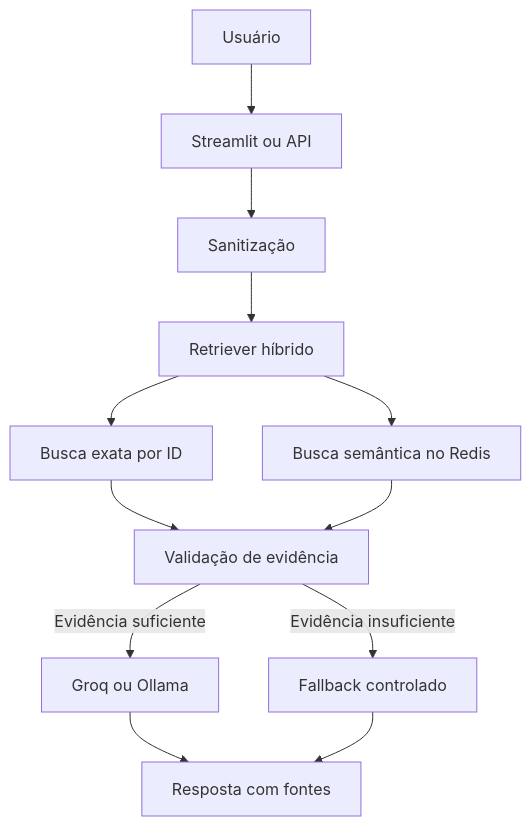
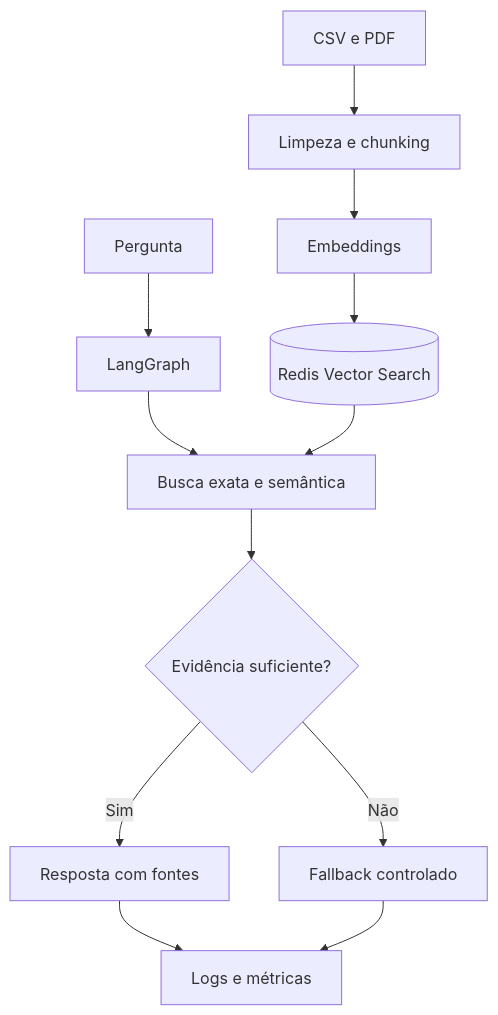
The diagram in README.md (AKawamorita/RAG-COMPANY_DOCUMENTS-OLLAMA), drawn with Mermaid before and after one commit. The commit also changed other lines of this file and 7 other files, not shown here.

````diff
--- a/README.md
+++ b/README.md
@@ -77,14 +31,14 @@
 ```mermaid
 flowchart TD
-    U[Usuário] --> I[Streamlit ou API]
-    I --> S[Sanitização]
-    S --> R[Retriever híbrido]
-    R --> E[Busca exata por ID]
-    R --> V[Busca semântica no Redis]
-    E --> G[Validação de evidência]
-    V --> G
-    G -->|Evidência suficiente| L[Groq ou Ollama]
-    G -->|Evidência insuficiente| F[Fallback controlado]
-    L --> O[Resposta com fontes]
-    F --> O
+    A["CSV e PDF"] --> B["Limpeza e chunking"]
+    B --> C["Embeddings"]
+    C --> D[("Redis Vector Search")]
+    Q["Pergunta"] --> E["LangGraph"]
+    E --> F["Busca exata e semântica"]
+    D --> F
+    F --> G{"Evidência suficiente?"}
+    G -->|Sim| H["Resposta com fontes"]
+    G -->|Não| I["Fallback controlado"]
+    H --> J["Logs e métricas"]
+    I --> J
 ```
````
